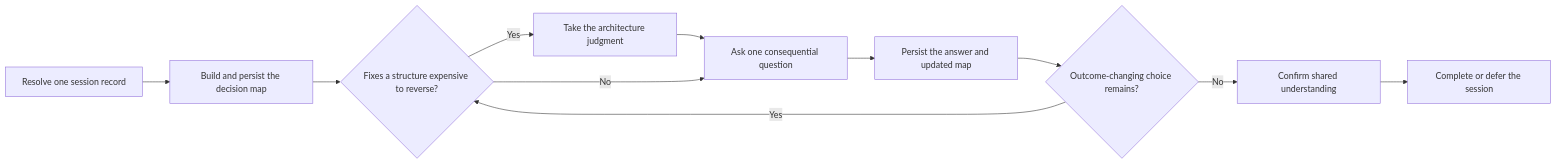
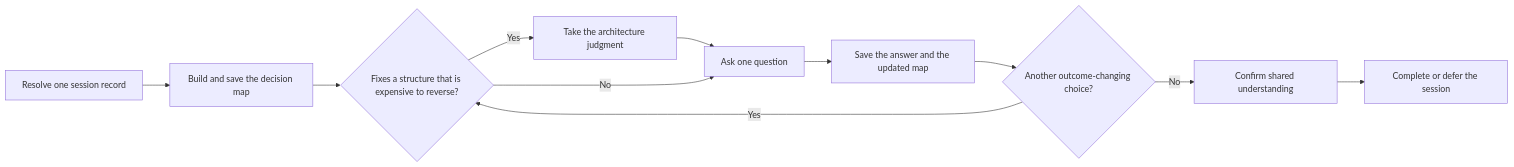
One commit to fam-tung-lam/ptlam-agent-plugin changed the diagram in plugin/skills/ptlam-grilling/SKILL.md. Above: the diagram before and after it, drawn with Mermaid. The commit also changed other lines of this file and 1734 other files, not shown here.

````diff
--- a/plugin/skills/ptlam-grilling/SKILL.md
+++ b/plugin/skills/ptlam-grilling/SKILL.md
@@ -14,13 +15,13 @@
 ```mermaid
 flowchart LR
-    ResolveRecord["Resolve one session record"] --> BuildDecisionMap["Build and persist the decision map"]
-    BuildDecisionMap --> ExpensiveStructure{"Fixes a structure expensive to reverse?"}
+    ResolveRecord["Resolve one session record"] --> BuildDecisionMap["Build and save the decision map"]
+    BuildDecisionMap --> ExpensiveStructure{"Fixes a structure that is expensive to reverse?"}
     ExpensiveStructure -->|"Yes"| TakeJudgment["Take the architecture judgment"]
-    TakeJudgment --> AskQuestion["Ask one consequential question"]
+    TakeJudgment --> AskQuestion["Ask one question"]
     ExpensiveStructure -->|"No"| AskQuestion
-    AskQuestion --> PersistAnswer["Persist the answer and updated map"]
-    PersistAnswer --> ChoiceRemains{"Outcome-changing choice remains?"}
+    AskQuestion --> PersistAnswer["Save the answer and the updated map"]
+    PersistAnswer --> ChoiceRemains{"Another outcome-changing choice?"}
     ChoiceRemains -->|"Yes"| ExpensiveStructure
     ChoiceRemains -->|"No"| ConfirmUnderstanding["Confirm shared understanding"]
     ConfirmUnderstanding --> CloseSession["Complete or defer the session"]
 ```
````
